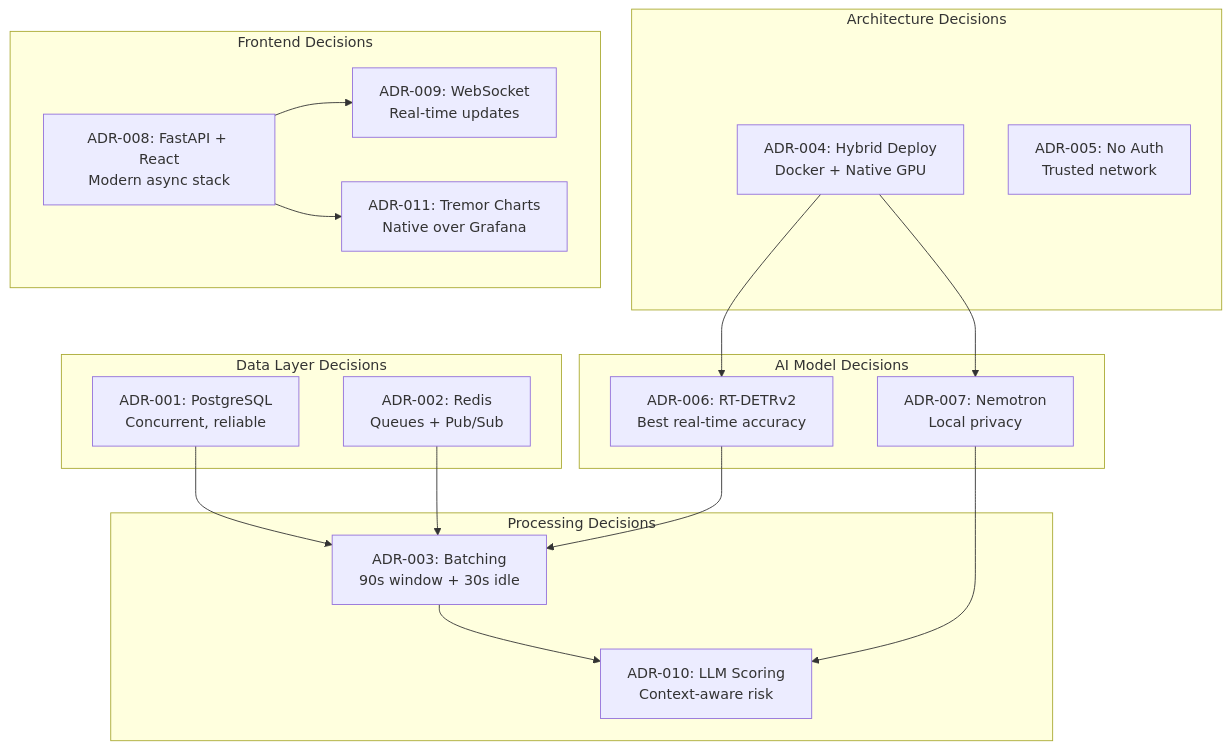
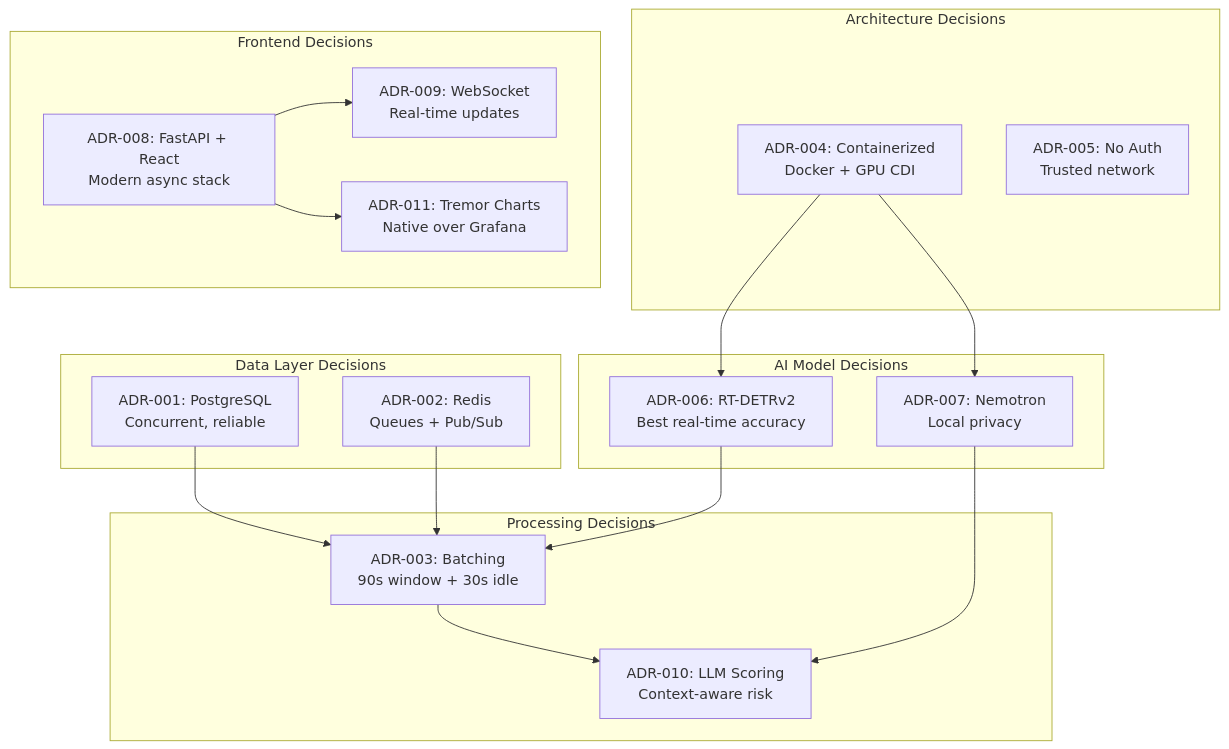
Before and after one commit to mikesvoboda/nemotron-v3-home-security-intelligence: the third of 3 diagrams in docs/architecture/decisions.md, drawn with Mermaid. The commit also changed other lines of this file and 31 other files, not shown here.

````diff
--- a/docs/architecture/decisions.md
+++ b/docs/architecture/decisions.md
@@ -661,38 +663,38 @@
 ```mermaid
 flowchart TB
     subgraph "Data Layer Decisions"
         DB["ADR-001: PostgreSQL<br/>Concurrent, reliable"]
         RD["ADR-002: Redis<br/>Queues + Pub/Sub"]
     end
 
     subgraph "Processing Decisions"
         BA["ADR-003: Batching<br/>90s window + 30s idle"]
         RS["ADR-010: LLM Scoring<br/>Context-aware risk"]
     end
 
     subgraph "AI Model Decisions"
         DET["ADR-006: RT-DETRv2<br/>Best real-time accuracy"]
         LLM["ADR-007: Nemotron<br/>Local privacy"]
     end
 
     subgraph "Architecture Decisions"
-        HY["ADR-004: Hybrid Deploy<br/>Docker + Native GPU"]
+        HY["ADR-004: Containerized<br/>Docker + GPU CDI"]
         NA["ADR-005: No Auth<br/>Trusted network"]
     end
 
     subgraph "Frontend Decisions"
         ST["ADR-008: FastAPI + React<br/>Modern async stack"]
         WS["ADR-009: WebSocket<br/>Real-time updates"]
         CH["ADR-011: Tremor Charts<br/>Native over Grafana"]
     end
 
     DB --> BA
     RD --> BA
     BA --> RS
     DET --> BA
     LLM --> RS
     HY --> DET
     HY --> LLM
     ST --> WS
     ST --> CH
 ```
````
